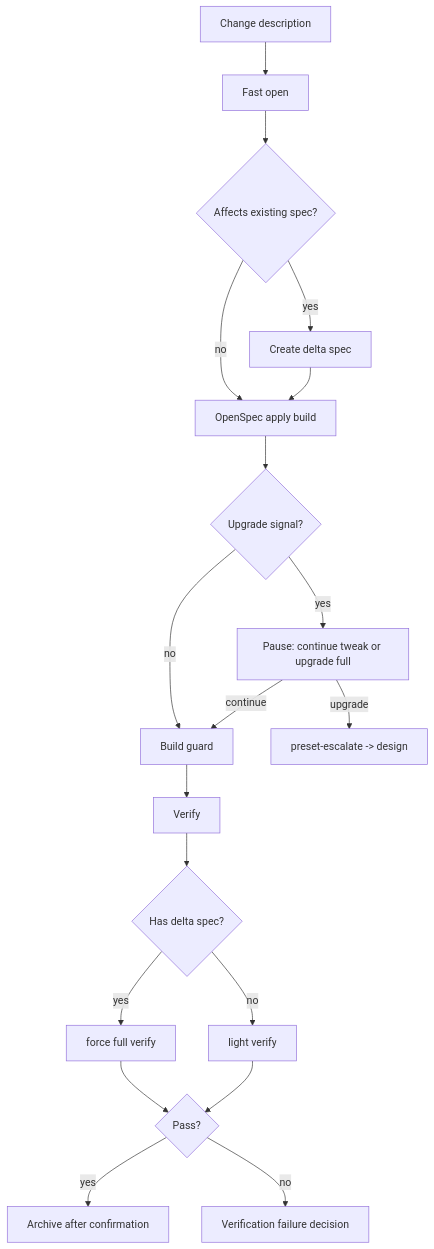
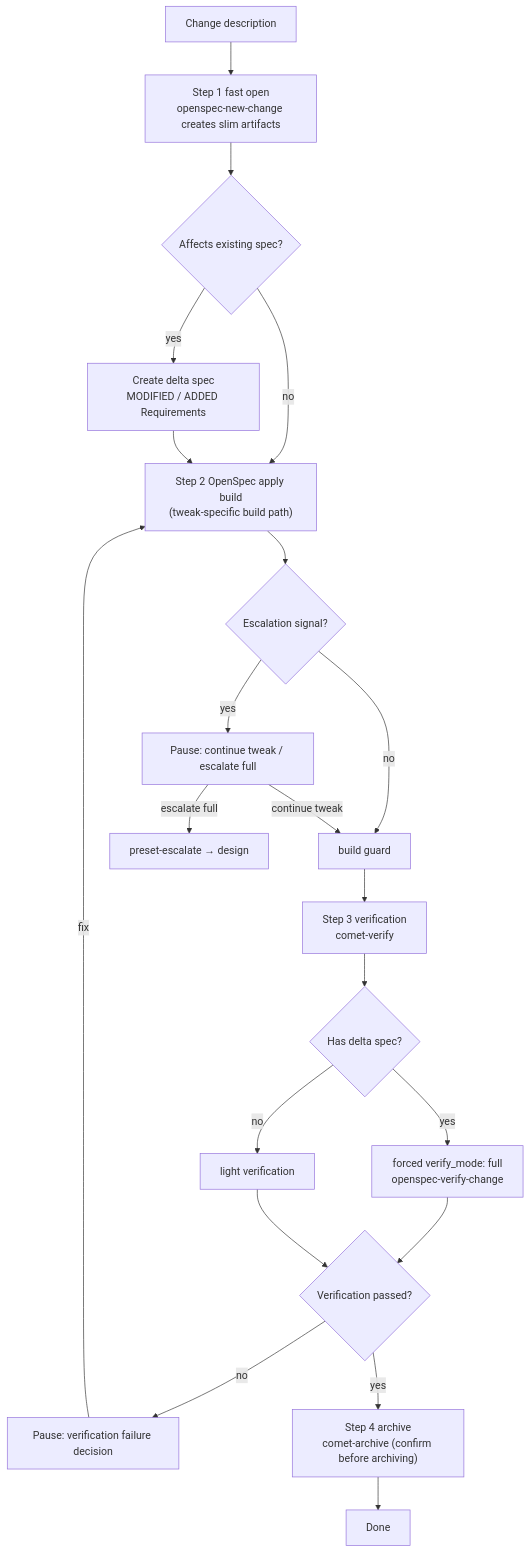
The diagram in en/presets/tweak.mdx (rpamis/comet-website-docs), drawn with Mermaid before and after one commit. The commit also changed other lines of this file and 30 other files, not shown here.

````diff
--- a/en/presets/tweak.mdx
+++ b/en/presets/tweak.mdx
@@ -52,21 +91,23 @@
 ```mermaid
 flowchart TD
-    Start["Change description"] --> S1["Fast open"]
+    Start["Change description"] --> S1["Step 1 fast open<br/>openspec-new-change creates slim artifacts"]
     S1 --> Delta{"Affects existing spec?"}
-    Delta -->|yes| D["Create delta spec"]
-    Delta -->|no| S2["OpenSpec apply build"]
-    D --> S2
-    S2 --> Esc{"Upgrade signal?"}
-    Esc -->|yes| Stop["Pause: continue tweak or upgrade full"]
-    Esc -->|no| Guard["Build guard"]
-    Stop -->|continue| Guard
-    Stop -->|upgrade| Up["preset-escalate -> design"]
-    Guard --> V["Verify"]
-    V --> HasDelta{"Has delta spec?"}
-    HasDelta -->|yes| Full["force full verify"]
-    HasDelta -->|no| Light["light verify"]
-    Full --> Done{"Pass?"}
-    Light --> Done
-    Done -->|yes| Archive["Archive after confirmation"]
-    Done -->|no| Fix["Verification failure decision"]
+    Delta -->|yes| CreateDelta["Create delta spec<br/>MODIFIED / ADDED Requirements"]
+    Delta -->|no| S2["Step 2 OpenSpec apply build<br/>(tweak-specific build path)"]
+    CreateDelta --> S2
+    S2 --> Esc{"Escalation signal?"}
+    Esc -->|yes| EscStop["Pause: continue tweak / escalate full"]
+    Esc -->|no| Guard["build guard"]
+    EscStop -->|continue tweak| Guard
+    EscStop -->|escalate full| EscUp["preset-escalate → design"]
+    Guard --> S3["Step 3 verification<br/>comet-verify"]
+    S3 --> HasDelta{"Has delta spec?"}
+    HasDelta -->|yes| FullV["forced verify_mode: full<br/>openspec-verify-change"]
+    HasDelta -->|no| LightV["light verification"]
+    FullV --> Vf{"Verification passed?"}
+    LightV --> Vf
+    Vf -->|no| VfStop["Pause: verification failure decision"]
+    VfStop -->|fix| S2
+    Vf -->|yes| S4["Step 4 archive<br/>comet-archive (confirm before archiving)"]
+    S4 --> Done["Done"]
 ```
````
